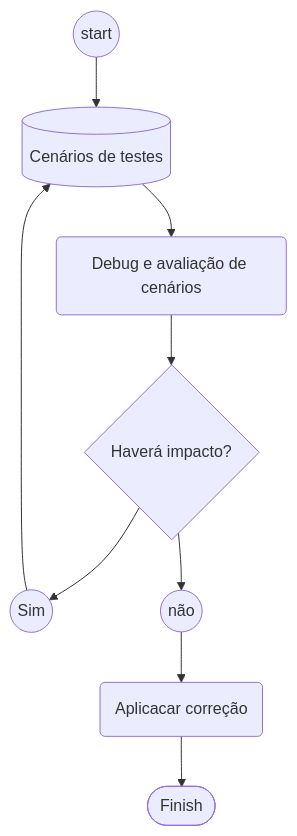
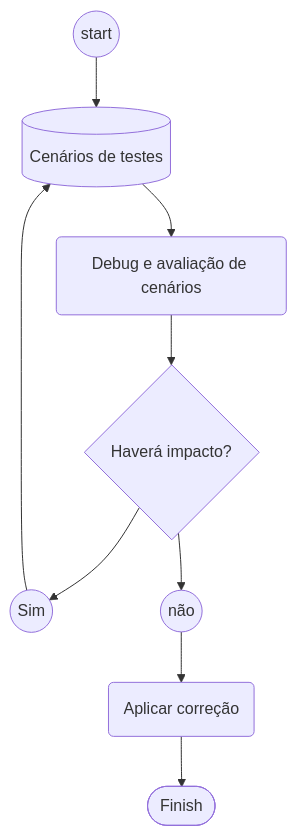
Before and after one commit to edmilson-nascimento/abap-7.4: the diagram in README.md, drawn with Mermaid.

````diff
--- a/README.md
+++ b/README.md
@@ -13,17 +13,17 @@
 ```mermaid
 flowchart TD
     
     Start((start)) --> DadosTeste[(Cenários de testes)]
     
     DadosTeste --> Debug(Debug e avaliação de cenários)
     Debug --> CheckAcao{Haverá impacto?} 
 
     CheckAcao --> sim((Sim))
     sim --> DadosTeste
     
     CheckAcao --> nao((não))
     
-    nao --> Fix(Aplicacar correção)
+    nao --> Fix(Aplicar correção)
 
     Fix --> Finish([Finish])
 ```
````
